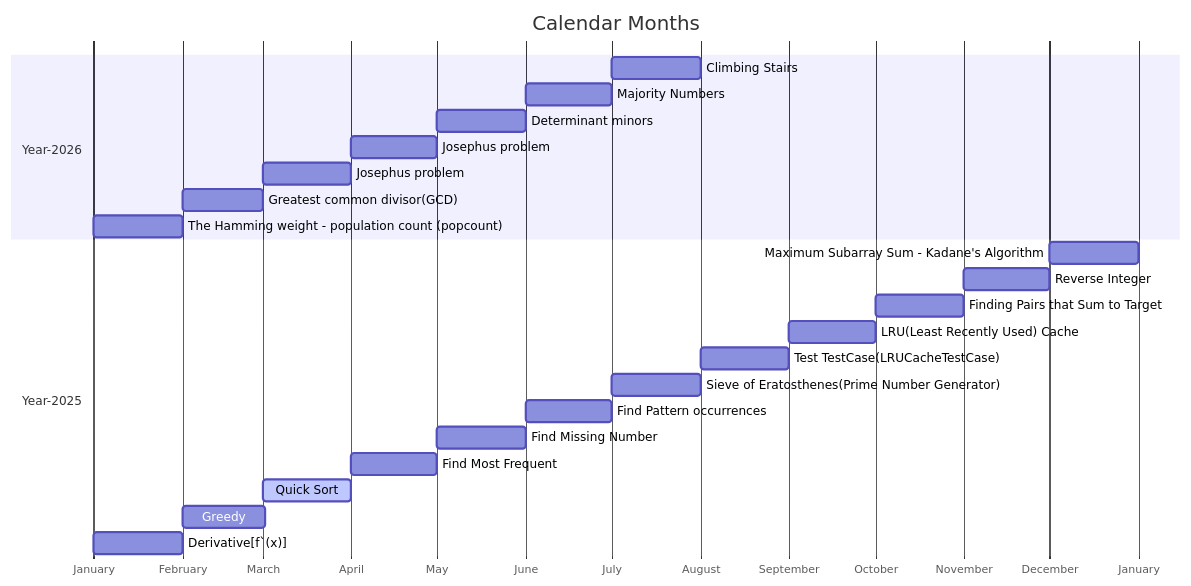
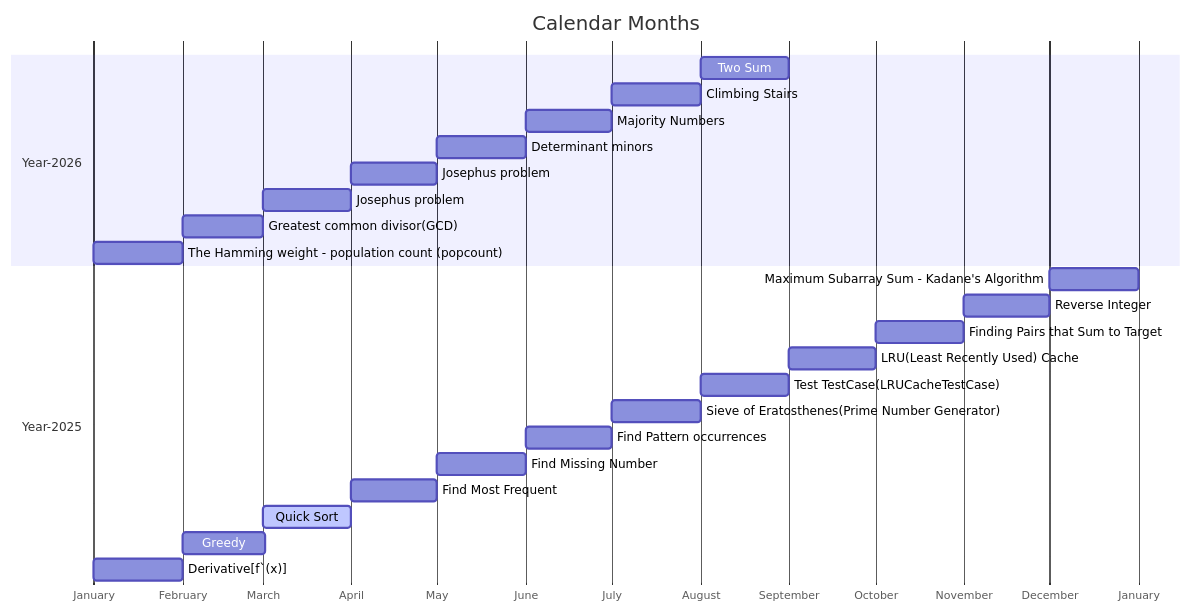
Before and after one commit to softtiny/docs.calendar: the diagram in src/calendar.md, drawn with Mermaid. The commit also changed 2 other files, not shown here.

````diff
--- a/src/calendar.md
+++ b/src/calendar.md
@@ -2,28 +2,29 @@
 ```mermaid
 
 gantt
     title Calendar Months
     dateFormat MM-DD
     axisFormat %B
     section Year-2026
+        Two Sum: 08-01, 31d
         Climbing Stairs: 07-01, 31d
         Majority Numbers: 06-01, 30d
         Determinant minors: 05-01, 31d
         Josephus problem: 04-01, 30d
         Josephus problem: 03-01, 31d
         Greatest common divisor(GCD): 02-01, 28d
         The Hamming weight - population count (popcount): 01-01, 31d
     section Year-2025
         Maximum Subarray Sum - Kadane's Algorithm:12-01, 31d
         Reverse Integer:11-01, 30d
         Finding Pairs that Sum to Target :10-01, 31d
         LRU(Least Recently Used) Cache :09-01, 30d
         Test TestCase(LRUCacheTestCase) :08-01, 31d
         Sieve of Eratosthenes(Prime Number Generator)    :07-01, 31d
         Find Pattern occurrences :06-01, 30d
         Find Missing Number :05-01, 31d
         Find Most Frequent :04-01, 30d
         Quick Sort      :active, 03-01, 31d
         Greedy          :02-01, 29d
         Derivative[f`(x)]          :01-01, 31d
 ```
````
